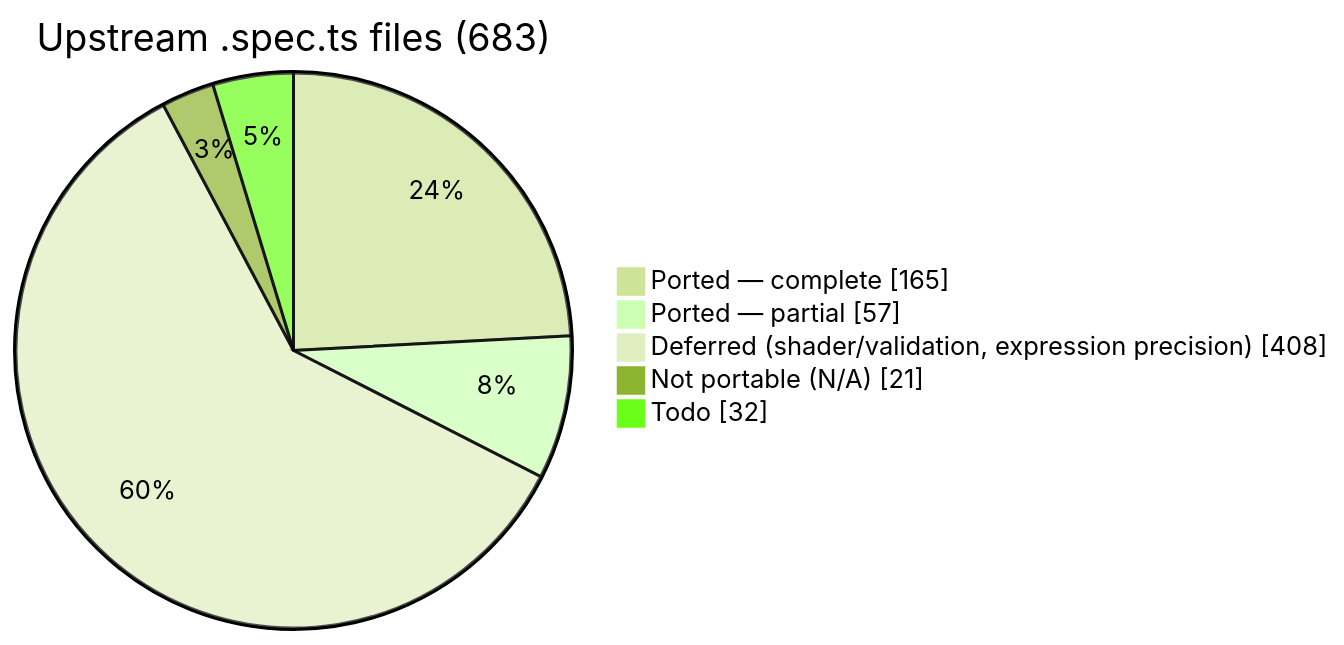
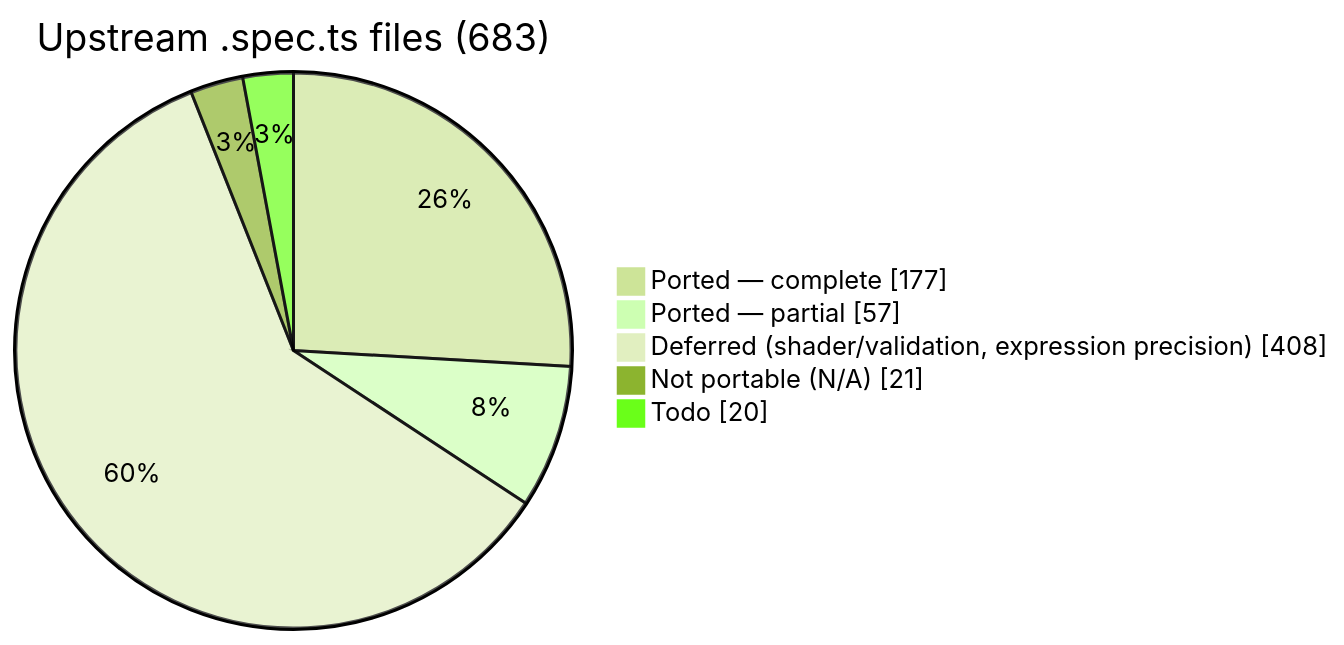
Before and after one commit to infosia/webgpu-native-cts: the first of 2 diagrams in README.md, drawn with Mermaid (forest theme). The commit also changed other lines of this file and 17 other files, not shown here.

````diff
--- a/README.md
+++ b/README.md
@@ -94,9 +94,9 @@
 ```mermaid
 pie showData
     title Upstream .spec.ts files (683)
-    "Ported — complete" : 165
+    "Ported — complete" : 177
     "Ported — partial" : 57
     "Deferred (shader/validation, expression precision)" : 408
     "Not portable (N/A)" : 21
-    "Todo" : 32
+    "Todo" : 20
 ```
````
